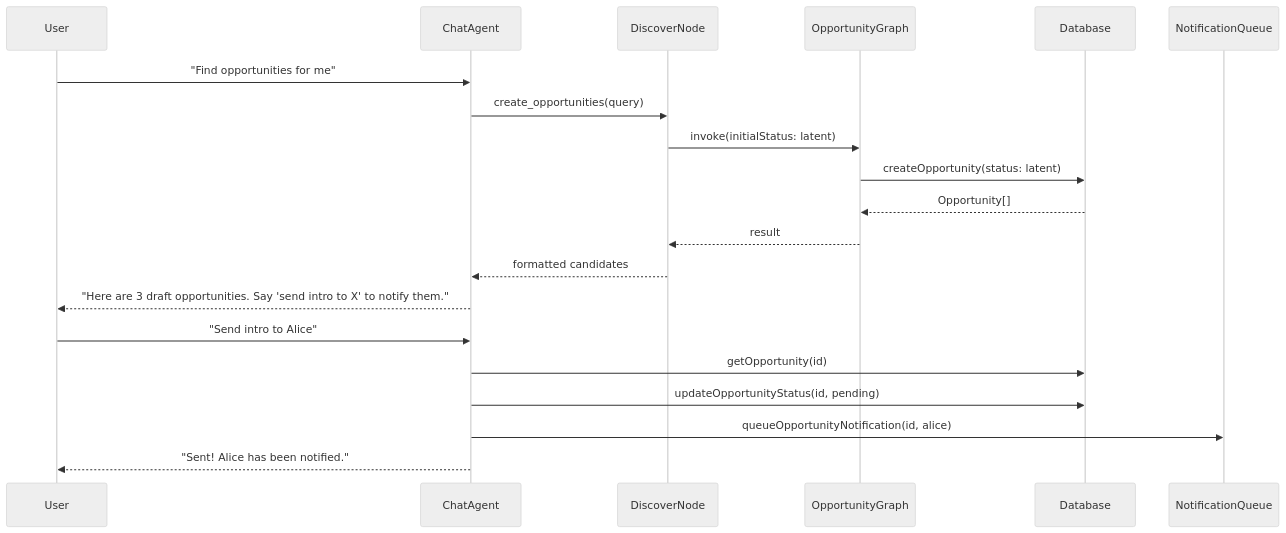
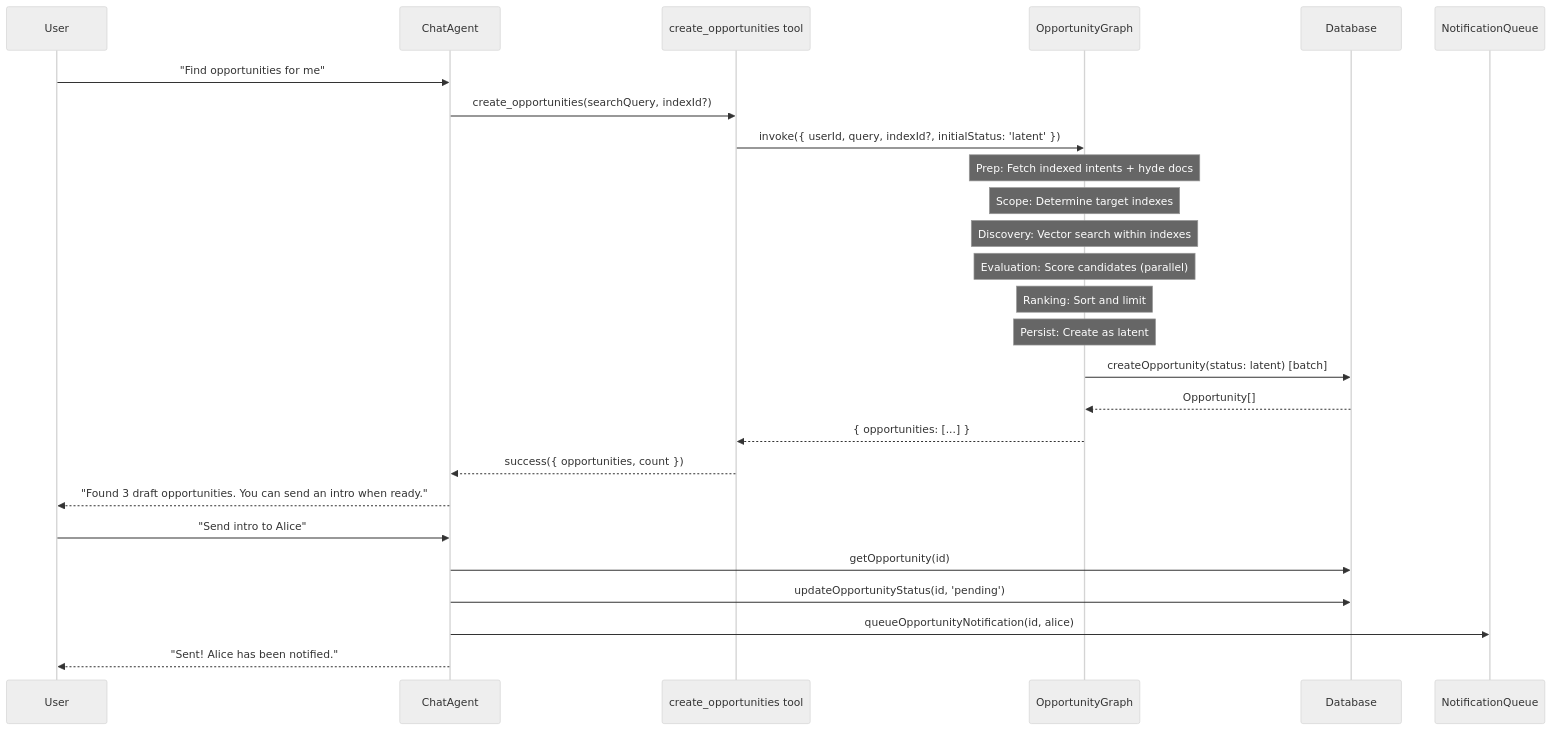
The third of 4 diagrams in protocol/src/lib/protocol/docs/Latent Opportunity Lifecycle.md (indexnetwork/claude-plugin), drawn with Mermaid (neutral theme) before and after one commit. The commit also changed other lines of this file and 1 other file, not shown here.

First line of the commit message:
docs(opportunity): update lifecycle documentation to reflect graph-based architecture

````diff
--- a/protocol/src/lib/protocol/docs/Latent Opportunity Lifecycle.md
+++ b/protocol/src/lib/protocol/docs/Latent Opportunity Lifecycle.md
@@ -64,24 +146,32 @@
 ```mermaid
 sequenceDiagram
     participant U as User
     participant C as ChatAgent
-    participant D as DiscoverNode
+    participant CT as create_opportunities tool
     participant OG as OpportunityGraph
     participant DB as Database
     participant N as NotificationQueue
 
     U->>C: "Find opportunities for me"
-    C->>D: create_opportunities(query)
-    D->>OG: invoke(initialStatus: latent)
-    OG->>DB: createOpportunity(status: latent)
+    C->>CT: create_opportunities(searchQuery, indexId?)
+    CT->>OG: invoke({ userId, query, indexId?, initialStatus: 'latent' })
+    
+    Note over OG: Prep: Fetch indexed intents + hyde docs
+    Note over OG: Scope: Determine target indexes
+    Note over OG: Discovery: Vector search within indexes
+    Note over OG: Evaluation: Score candidates (parallel)
+    Note over OG: Ranking: Sort and limit
+    Note over OG: Persist: Create as latent
+    
+    OG->>DB: createOpportunity(status: latent) [batch]
     DB-->>OG: Opportunity[]
-    OG-->>D: result
-    D-->>C: formatted candidates
-    C-->>U: "Here are 3 draft opportunities. Say 'send intro to X' to notify them."
+    OG-->>CT: { opportunities: [...] }
+    CT-->>C: success({ opportunities, count })
+    C-->>U: "Found 3 draft opportunities. You can send an intro when ready."
 
     U->>C: "Send intro to Alice"
     C->>DB: getOpportunity(id)
-    C->>DB: updateOpportunityStatus(id, pending)
+    C->>DB: updateOpportunityStatus(id, 'pending')
     C->>N: queueOpportunityNotification(id, alice)
     C-->>U: "Sent! Alice has been notified."
 ```
````
